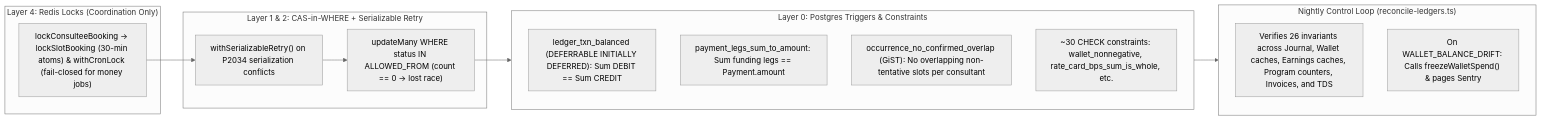
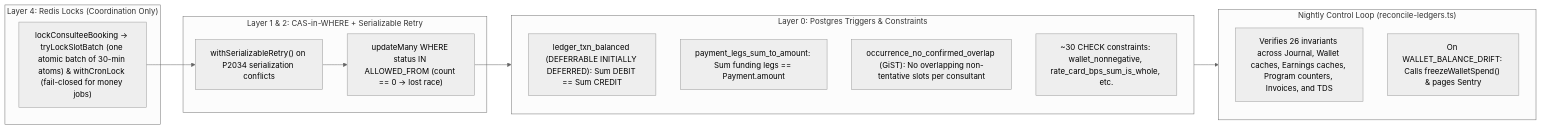
One commit to Practitionist/familiarise_web changed the first of 4 diagrams in docs/start-here/01-booking-system-hld.md. Above: the diagram before and after it, drawn with Mermaid (neutral theme). The commit also changed other lines of this file and 14 other files, not shown here.

````diff
--- a/docs/start-here/01-booking-system-hld.md
+++ b/docs/start-here/01-booking-system-hld.md
@@ -148,25 +159,25 @@
 ```mermaid
 flowchart LR
   subgraph L0["Layer 0: Postgres Triggers & Constraints"]
     T1["ledger_txn_balanced (DEFERRABLE INITIALLY DEFERRED): Sum DEBIT == Sum CREDIT"]
     T2["payment_legs_sum_to_amount: Sum funding legs == Payment.amount"]
     T3["occurrence_no_confirmed_overlap (GiST): No overlapping non-tentative slots per consultant"]
     T4["~30 CHECK constraints: wallet_nonnegative, rate_card_bps_sum_is_whole, etc."]
   end
 
   subgraph L1_L2["Layer 1 & 2: CAS-in-WHERE + Serializable Retry"]
     CAS["updateMany WHERE status IN ALLOWED_FROM (count == 0 -> lost race)"]
     SSI["withSerializableRetry() on P2034 serialization conflicts"]
   end
 
   subgraph L4["Layer 4: Redis Locks (Coordination Only)"]
-    RL["lockConsulteeBooking -> lockSlotBooking (30-min atoms) & withCronLock (fail-closed for money jobs)"]
+    RL["lockConsulteeBooking -> tryLockSlotBatch (one atomic batch of 30-min atoms) & withCronLock (fail-closed for money jobs)"]
   end
 
   subgraph Reconciler["Nightly Control Loop (reconcile-ledgers.ts)"]
     R_CHK["Verifies 26 invariants across Journal, Wallet caches, Earnings caches, Program counters, Invoices, and TDS"]
     R_FRZ["On WALLET_BALANCE_DRIFT: Calls freezeWalletSpend() & pages Sentry"]
   end
 
   RL --> SSI --> CAS --> L0 --> Reconciler
 ```
````
